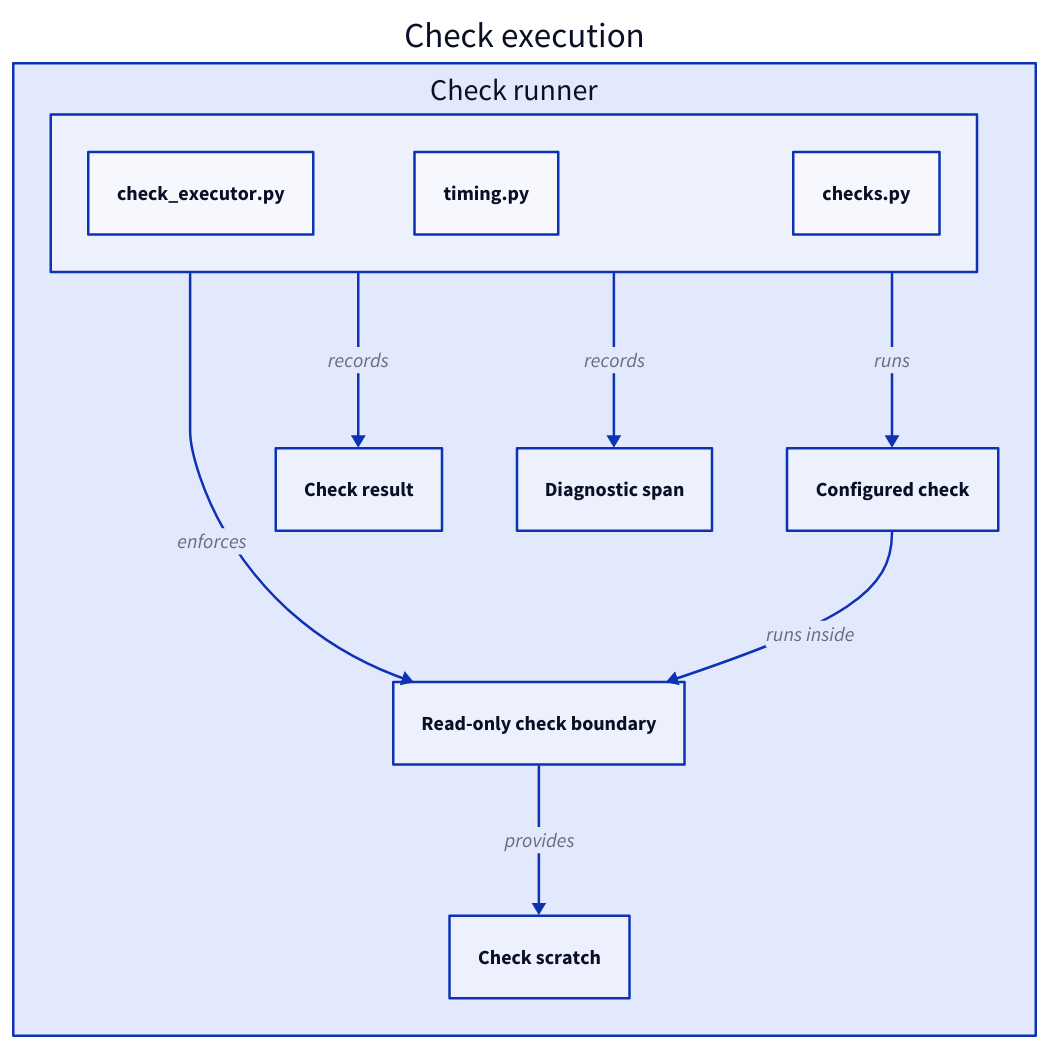
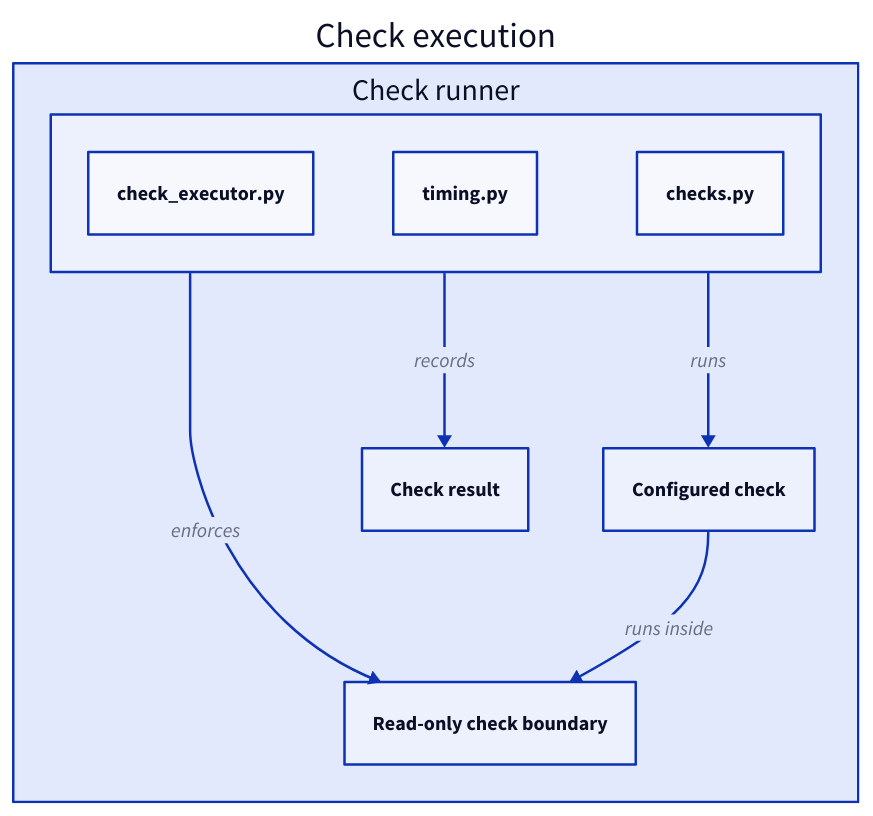
Before and after one commit to FTOD/concorde: the second of 2 diagrams in specs/concorde/execution/checks/module.md, drawn with D2. The commit also changed other lines of this file and 66 other files, not shown here.

````diff
--- a/specs/concorde/execution/checks/module.md
+++ b/specs/concorde/execution/checks/module.md
@@ -159,20 +157,16 @@
 ```d2
 checks: Check execution {
   runner: Check runner {
     "check_executor.py"
     "timing.py"
     "checks.py"
   }
   check: Configured check
   result: Check result
   boundary: Read-only check boundary
-  scratch: Check scratch
-  span: Diagnostic span
   runner -> check: runs
   runner -> result: records
-  runner -> span: records
   runner -> boundary: enforces
   check -> boundary: runs inside
-  boundary -> scratch: provides
 }
 ```
````
